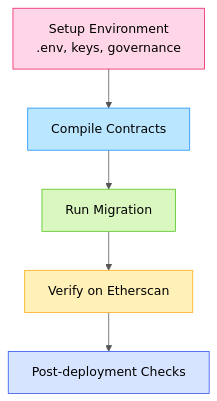
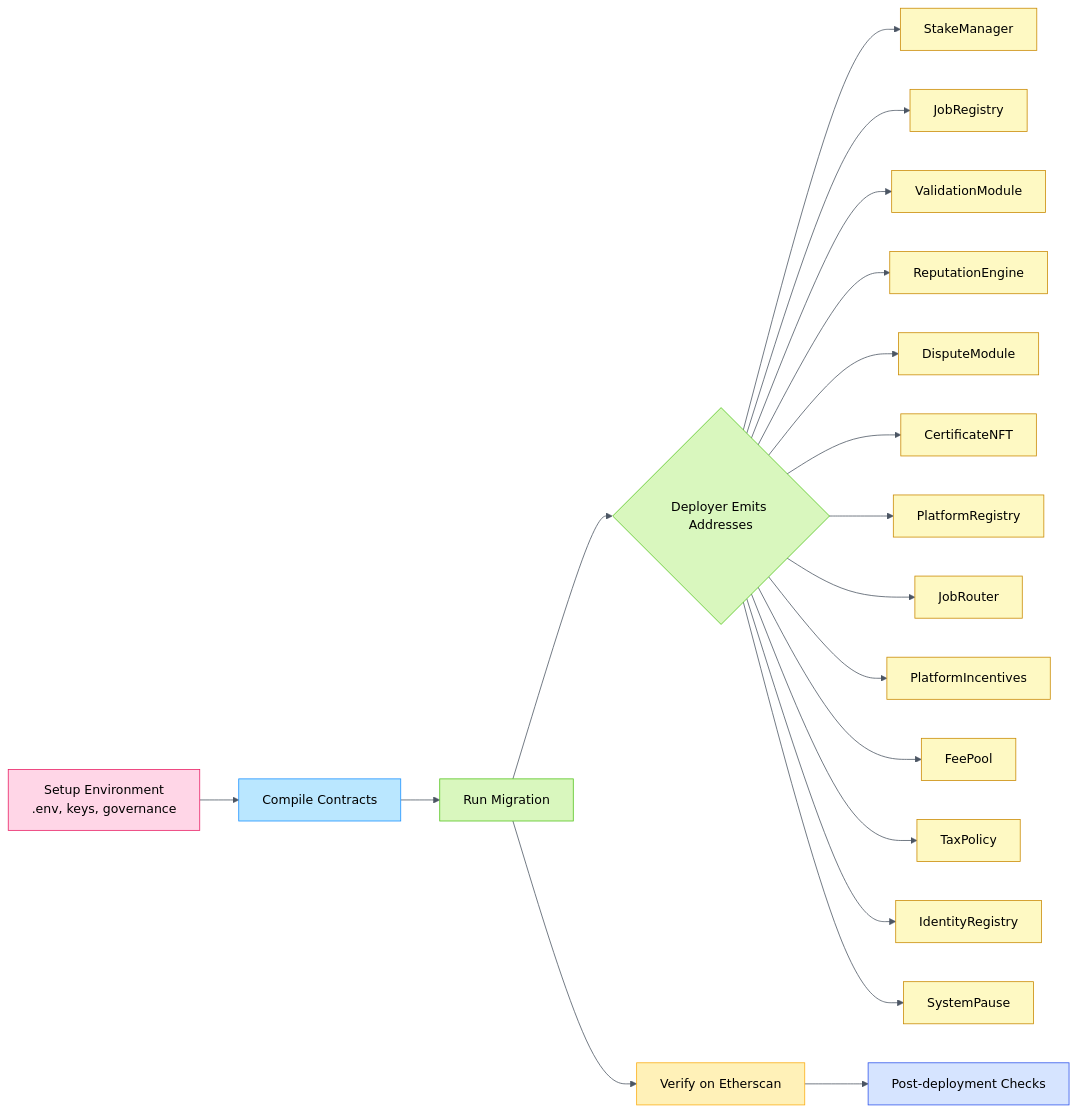
Before and after one commit to MontrealAI/AGIJobsv0: the diagram in docs/deploying-agijobs-v2-truffle-cli.md, drawn with Mermaid. The commit also changed other lines of this file, not shown here.

Commit message:
docs: add truffle mainnet deployment guide

````diff
--- a/docs/deploying-agijobs-v2-truffle-cli.md
+++ b/docs/deploying-agijobs-v2-truffle-cli.md
@@ -7,14 +7,29 @@
 ```mermaid
-%%{init: {'theme':'base', 'themeVariables': { 'primaryColor': '#d9f7be', 'secondaryColor': '#ffd6e7', 'tertiaryColor': '#bae7ff', 'fontSize': '16px', 'textColor': '#333', 'lineColor': '#555'}}}%%
-graph TD
+%%{init: {'theme':'base', 'themeVariables': { 'fontSize': '16px', 'lineColor': '#4b5563', 'textColor': '#111827'}}}%%
+graph LR
     A[Setup Environment\n.env, keys, governance]:::prep --> B[Compile Contracts]:::compile
     B --> C[Run Migration]:::deploy
-    C --> D[Verify on Etherscan]:::verify
-    D --> E[Post-deployment Checks]:::post
+    C --> D{Deployer Emits Addresses}:::deploy
+    D --> SM[StakeManager]:::module
+    D --> JR[JobRegistry]:::module
+    D --> VM[ValidationModule]:::module
+    D --> RE[ReputationEngine]:::module
+    D --> DM[DisputeModule]:::module
+    D --> CNFT[CertificateNFT]:::module
+    D --> PR[PlatformRegistry]:::module
+    D --> JRt[JobRouter]:::module
+    D --> PI[PlatformIncentives]:::module
+    D --> FP[FeePool]:::module
+    D --> TP[TaxPolicy]:::module
+    D --> IR[IdentityRegistry]:::module
+    D --> SP[SystemPause]:::module
+    C --> V[Verify on Etherscan]:::verify
+    V --> E[Post-deployment Checks]:::post
 
     classDef prep fill:#ffd6e7,stroke:#e91e63,color:#000;
     classDef compile fill:#bae7ff,stroke:#1890ff,color:#000;
     classDef deploy fill:#d9f7be,stroke:#52c41a,color:#000;
+    classDef module fill:#fef9c3,stroke:#ca8a04,color:#000;
     classDef verify fill:#fff1b8,stroke:#faad14,color:#000;
     classDef post fill:#d6e4ff,stroke:#2f54eb,color:#000;
 ```
````
